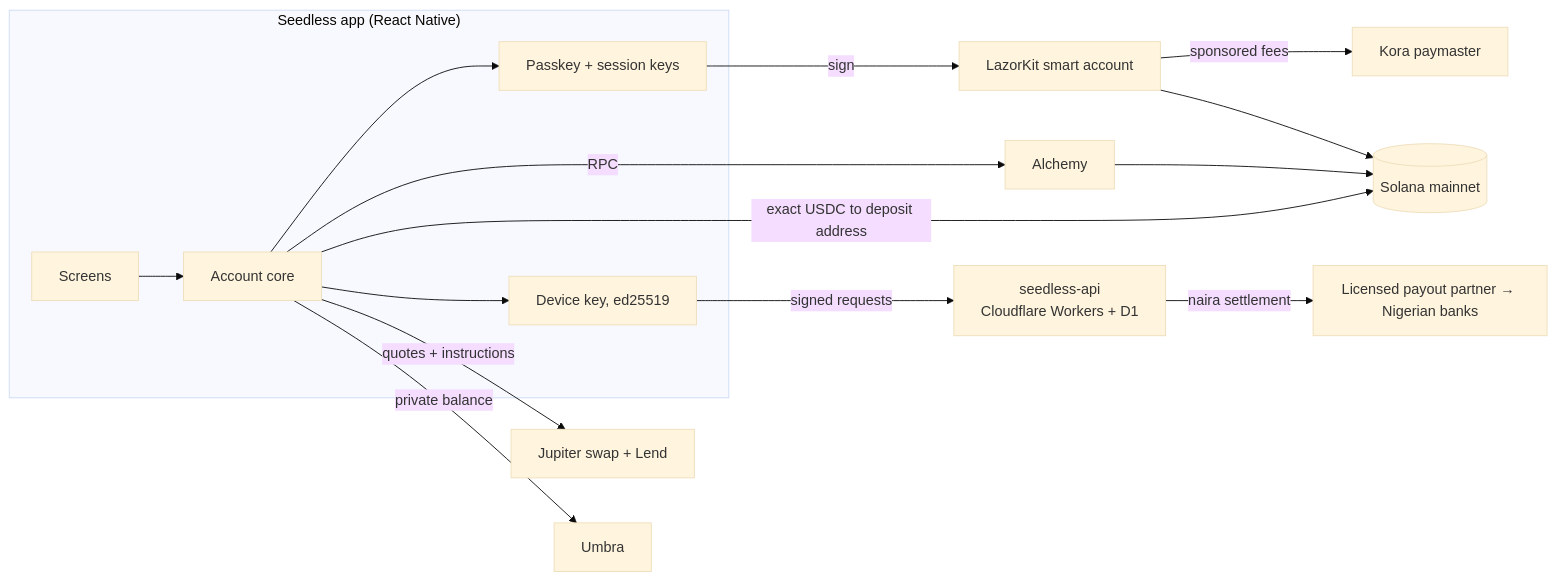
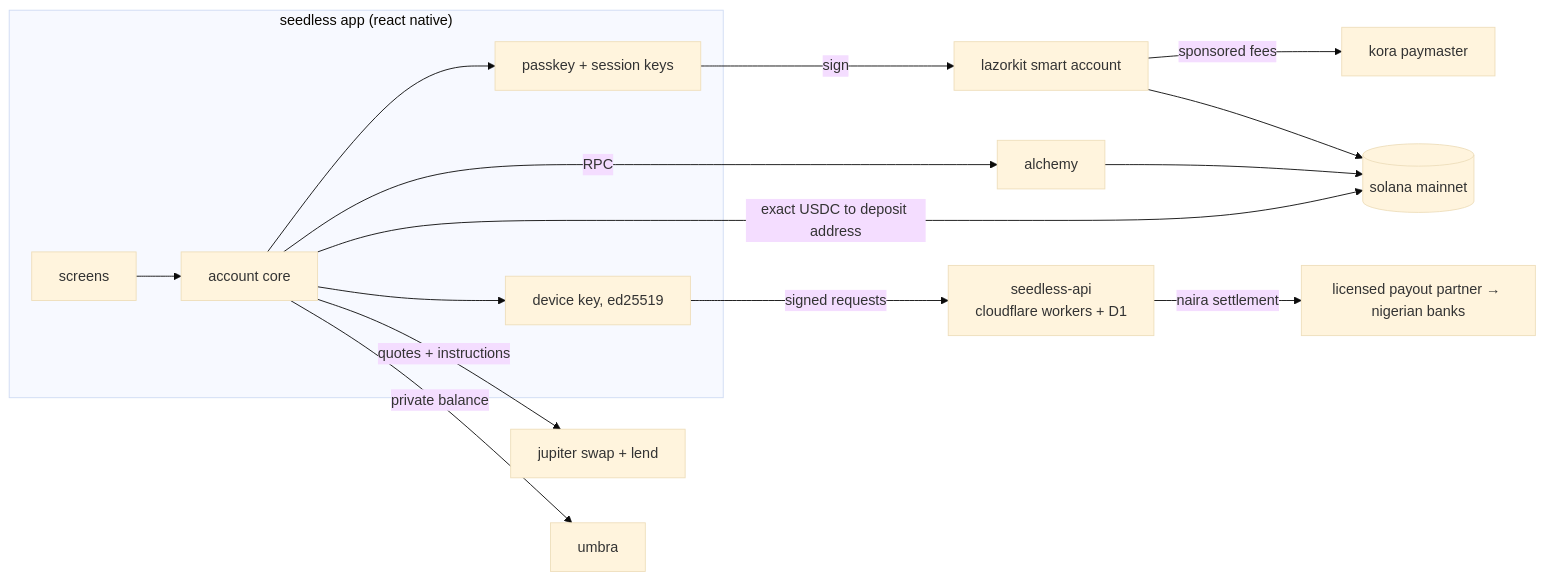
One commit to seedless-labs/.github changed the diagram in profile/README.md. Above: the diagram before and after it, drawn with Mermaid (base theme). The commit also changed other lines of this file and 1 other file, not shown here.

````diff
--- a/profile/README.md
+++ b/profile/README.md
@@ -52,21 +52,21 @@
 ```mermaid
 flowchart LR
-  subgraph Phone["Seedless app (React Native)"]
-    UI[Screens] --> Core[Account core]
-    Core --> PK[Passkey + session keys]
-    Core --> DK[Device key, ed25519]
+  subgraph Phone["seedless app (react native)"]
+    UI[screens] --> Core[account core]
+    Core --> PK[passkey + session keys]
+    Core --> DK[device key, ed25519]
   end
 
-  PK -->|sign| LZ[LazorKit smart account]
-  LZ -->|sponsored fees| KO[Kora paymaster]
-  LZ --> SOL[(Solana mainnet)]
+  PK -->|sign| LZ[lazorkit smart account]
+  LZ -->|sponsored fees| KO[kora paymaster]
+  LZ --> SOL[(solana mainnet)]
 
-  Core -->|quotes + instructions| JUP[Jupiter swap + Lend]
-  Core -->|private balance| UMB[Umbra]
-  Core -->|RPC| RPC[Alchemy]
+  Core -->|quotes + instructions| JUP[jupiter swap + lend]
+  Core -->|private balance| UMB[umbra]
+  Core -->|RPC| RPC[alchemy]
   RPC --> SOL
 
-  DK -->|signed requests| API[seedless-api<br/>Cloudflare Workers + D1]
-  API -->|naira settlement| BANK[Licensed payout partner → Nigerian banks]
+  DK -->|signed requests| API[seedless-api<br/>cloudflare workers + D1]
+  API -->|naira settlement| BANK[licensed payout partner → nigerian banks]
   Core -->|exact USDC to deposit address| SOL
 ```
````
